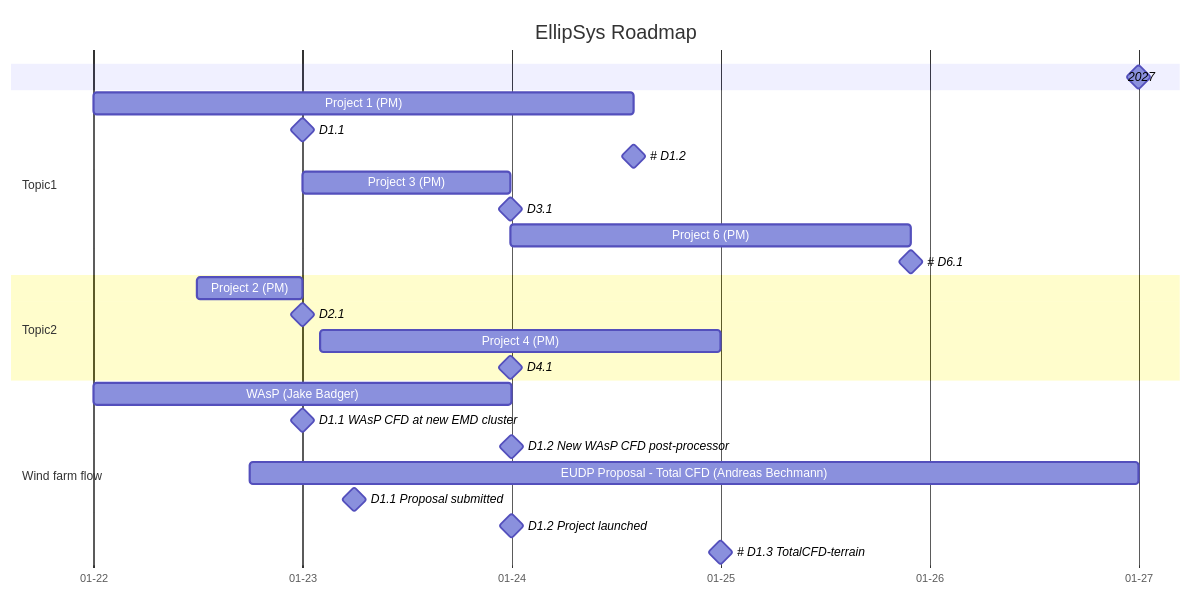
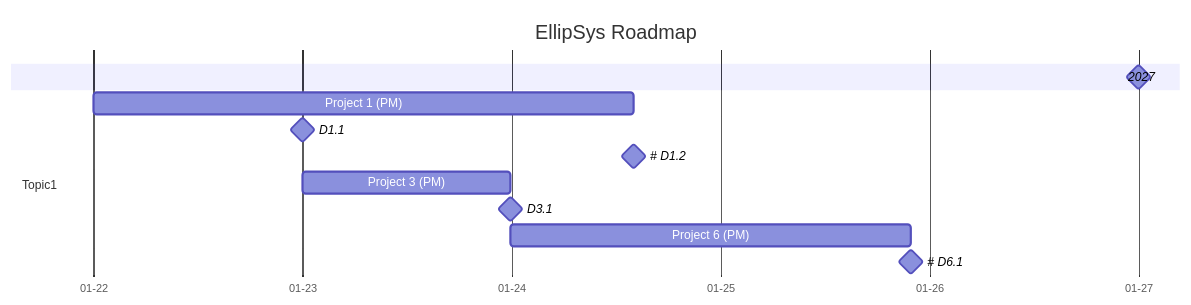
Before and after one commit to andh-dtu/test: the diagram in README.md, drawn with Mermaid.

````diff
--- a/README.md
+++ b/README.md
@@ -1,32 +1,17 @@
 ```mermaid
 gantt
 Title EllipSys Roadmap
 dateFormat YYYY-MM-DD
 axisFormat %m-%y
 
 2027 : milestone, 5-years, 2027-01-01, 2min
 
 section Topic1
 Project 1 (PM): p1, 2022-01-01, 2024-08-01
 D1.1 : milestone, m11, 2023-01-01, 2min
 # D1.2 : milestone, m12, after p1, 2min
 Project 3 (PM): p3, 2023-01-01, 52w
 D3.1 : milestone, m31, after p3, 2min
 Project 6 (PM): p6, after p3, 100w
 # D6.1 : milestone, m61, after p6, 2min
-
-section Topic2
-Project 2 (PM): p2, 2022-07-01, 2023-01-01
-D2.1 : milestone, m21, after p2, 2min
-Project 4 (PM): p4, 2023-02-01 , 100w
-D4.1 : milestone, m41, 2023-12-31, 2min
-
-section Wind farm flow
-WAsP (Jake Badger) : waspcfd, 2022-01-01, 2024-01-01
-D1.1 WAsP CFD at new EMD cluster : milestone, waspcfd_1, 2023-01-01, 2min
-D1.2 New WAsP CFD post-processor : milestone, waspcfd_2, 2024-01-01, 2min
-EUDP Proposal - Total CFD (Andreas Bechmann) : totalcfd, 2022-10-01, 2027-01-01
-D1.1 Proposal submitted : milestone, totalcfd_1, 2023-04-01, 2min
-D1.2 Project launched    : milestone, totalcfd_2, 2024-01-01, 2min
-# D1.3 TotalCFD-terrain : milestone, totalcfd_3, 2025-01-01, 2min
 ```
````
